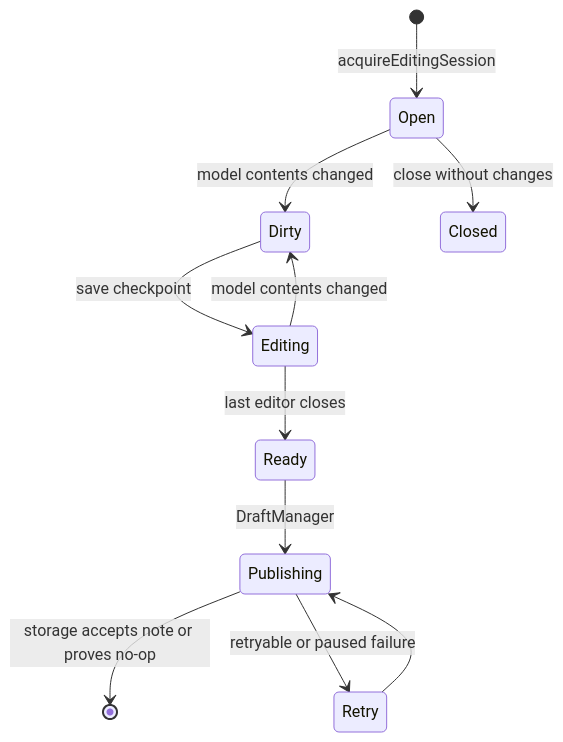
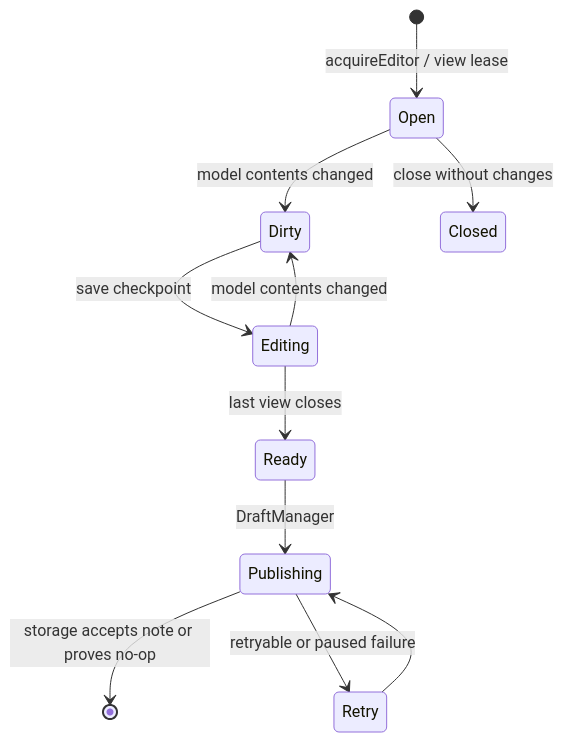
Before and after one commit to Ri0n/AnyKeep: the third of 4 diagrams in docs/note-editor-architecture.md, drawn with Mermaid. The commit also changed other lines of this file and 40 other files, not shown here.

````diff
--- a/docs/note-editor-architecture.md
+++ b/docs/note-editor-architecture.md
@@ -123,13 +127,13 @@
 ```mermaid
 stateDiagram-v2
-    [*] --> Open: acquireEditingSession
+    [*] --> Open: acquireEditor / view lease
     Open --> Dirty: model contents changed
     Dirty --> Editing: save checkpoint
     Editing --> Dirty: model contents changed
     Open --> Closed: close without changes
-    Editing --> Ready: last editor closes
+    Editing --> Ready: last view closes
     Ready --> Publishing: DraftManager
     Publishing --> [*]: storage accepts note or proves no-op
     Publishing --> Retry: retryable or paused failure
     Retry --> Publishing
 ```
````
